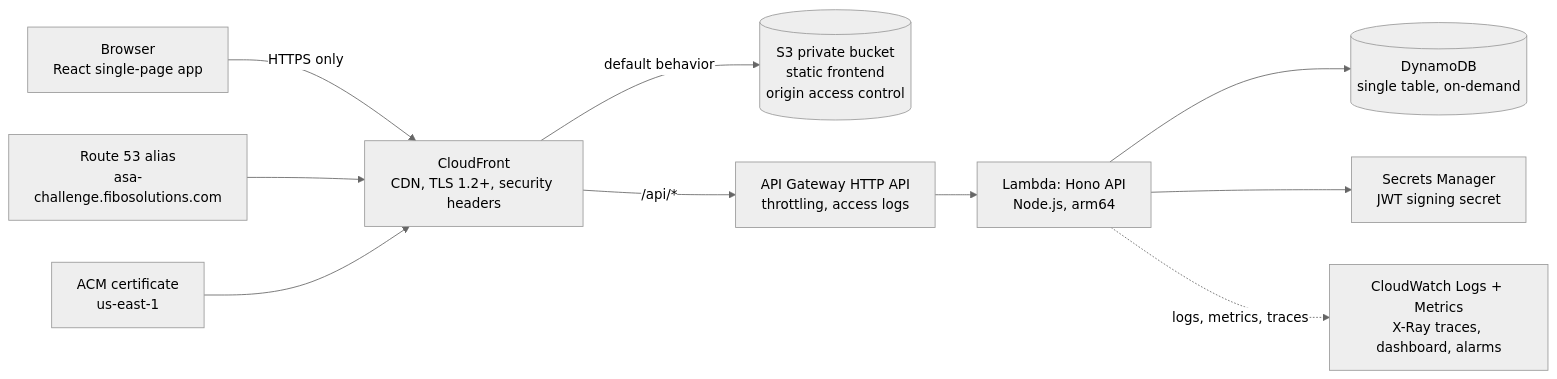
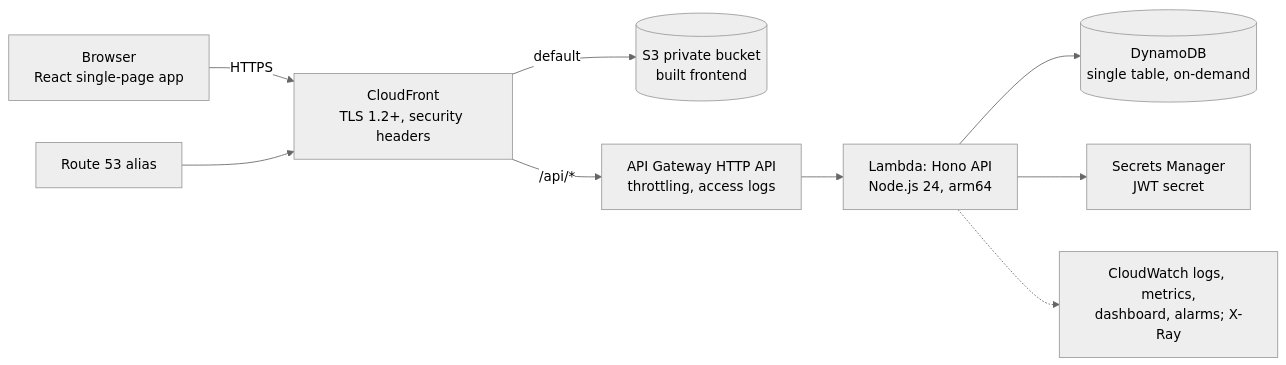
The first of 2 diagrams in docs/SYSTEM_DESIGN.md (vinhngx25/asa-challenge), drawn with Mermaid (neutral theme) before and after one commit. The commit also changed other lines of this file and 5 other files, not shown here.

````diff
--- a/docs/SYSTEM_DESIGN.md
+++ b/docs/SYSTEM_DESIGN.md
@@ -28,12 +11,11 @@
 ```mermaid
 flowchart LR
-  U["Browser<br/>React single-page app"] -->|HTTPS only| CF["CloudFront<br/>CDN, TLS 1.2+, security headers"]
-  R53["Route 53 alias<br/>asa-challenge.fibosolutions.com"] --> CF
-  ACM["ACM certificate<br/>us-east-1"] --> CF
-  CF -->|"default behavior"| S3[("S3 private bucket<br/>static frontend<br/>origin access control")]
+  U["Browser<br/>React single-page app"] -->|HTTPS| CF["CloudFront<br/>TLS 1.2+, security headers"]
+  R53["Route 53 alias"] --> CF
+  CF -->|"default"| S3[("S3 private bucket<br/>built frontend")]
   CF -->|"/api/*"| APIGW["API Gateway HTTP API<br/>throttling, access logs"]
-  APIGW --> L["Lambda: Hono API<br/>Node.js, arm64"]
+  APIGW --> L["Lambda: Hono API<br/>Node.js 24, arm64"]
   L --> DDB[("DynamoDB<br/>single table, on-demand")]
-  L --> SM["Secrets Manager<br/>JWT signing secret"]
-  L -.->|"logs, metrics, traces"| CW["CloudWatch Logs + Metrics<br/>X-Ray traces, dashboard, alarms"]
+  L --> SM["Secrets Manager<br/>JWT secret"]
+  L -.-> CW["CloudWatch logs, metrics,<br/>dashboard, alarms; X-Ray"]
 ```
````
